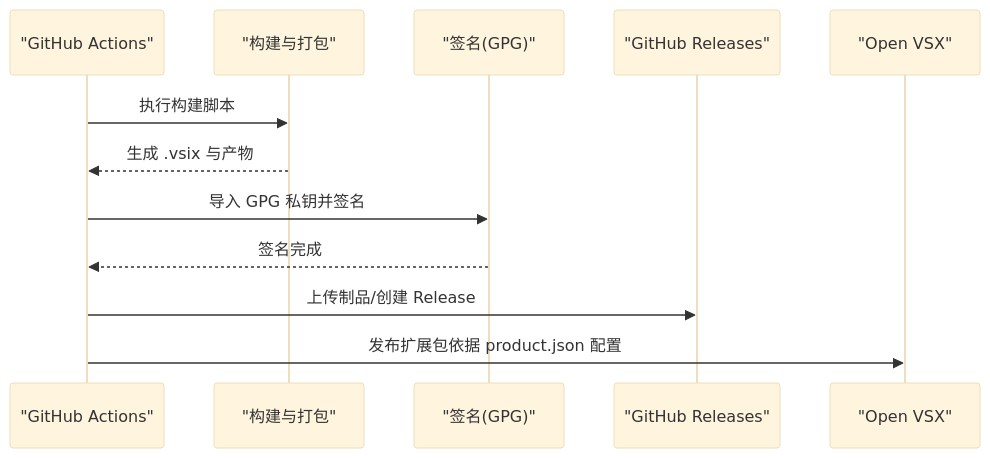
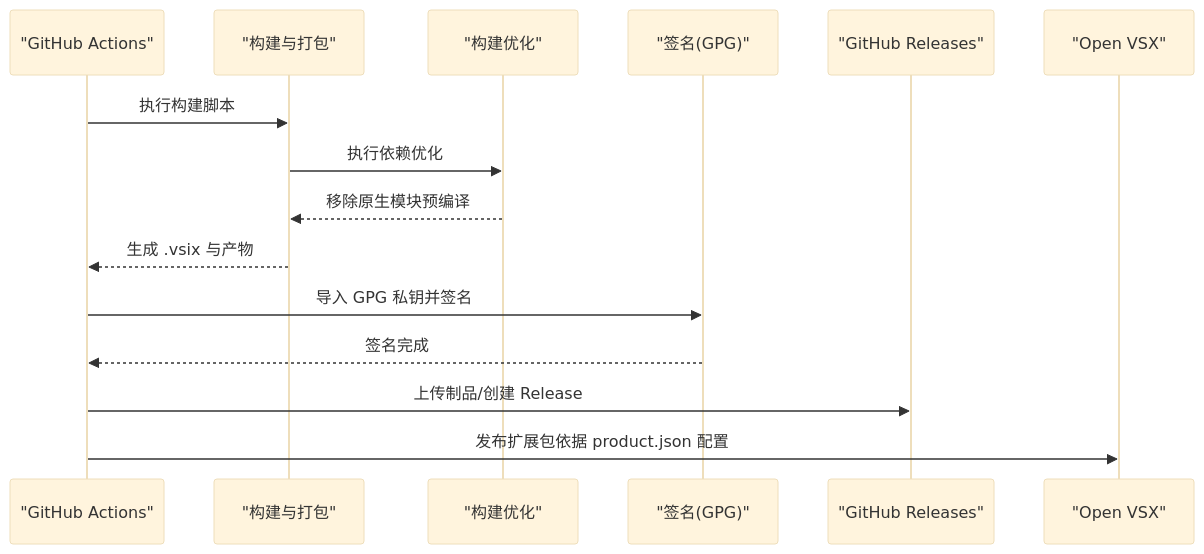
The eighth of 9 diagrams in .qoder/repowiki/zh/content/扩展开发/打包与分发.md (sofate798/KodrixCode), drawn with Mermaid (base theme) before and after one commit. The commit also changed other lines of this file and 1661 other files, not shown here.

````diff
--- a/.qoder/repowiki/zh/content/扩展开发/打包与分发.md
+++ b/.qoder/repowiki/zh/content/扩展开发/打包与分发.md
@@ -234,14 +298,17 @@
 ```mermaid
 sequenceDiagram
 participant CI as "GitHub Actions"
 participant Build as "构建与打包"
+participant Optimize as "构建优化"
 participant Sign as "签名(GPG)"
 participant GHRel as "GitHub Releases"
 participant OVX as "Open VSX"
 CI->>Build : 执行构建脚本
+Build->>Optimize : 执行依赖优化
+Optimize-->>Build : 移除原生模块预编译
 Build-->>CI : 生成 .vsix 与产物
 CI->>Sign : 导入 GPG 私钥并签名
 Sign-->>CI : 签名完成
 CI->>GHRel : 上传制品/创建 Release
 CI->>OVX : 发布扩展包依据 product.json 配置
 ```
````
